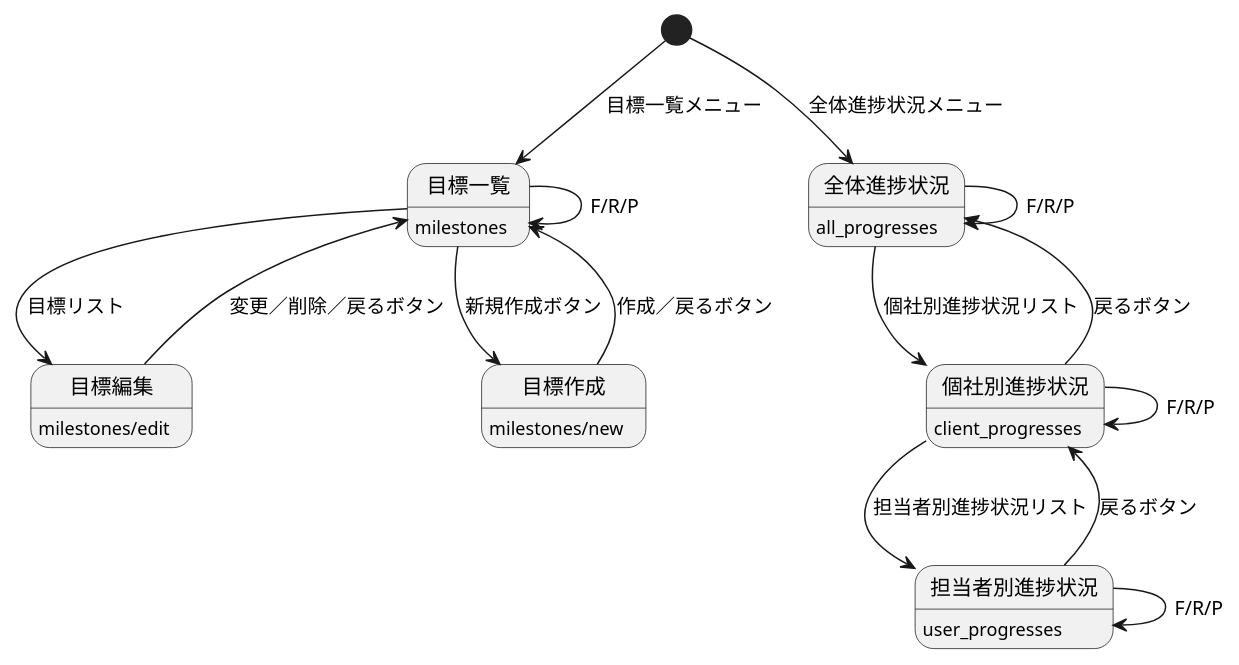
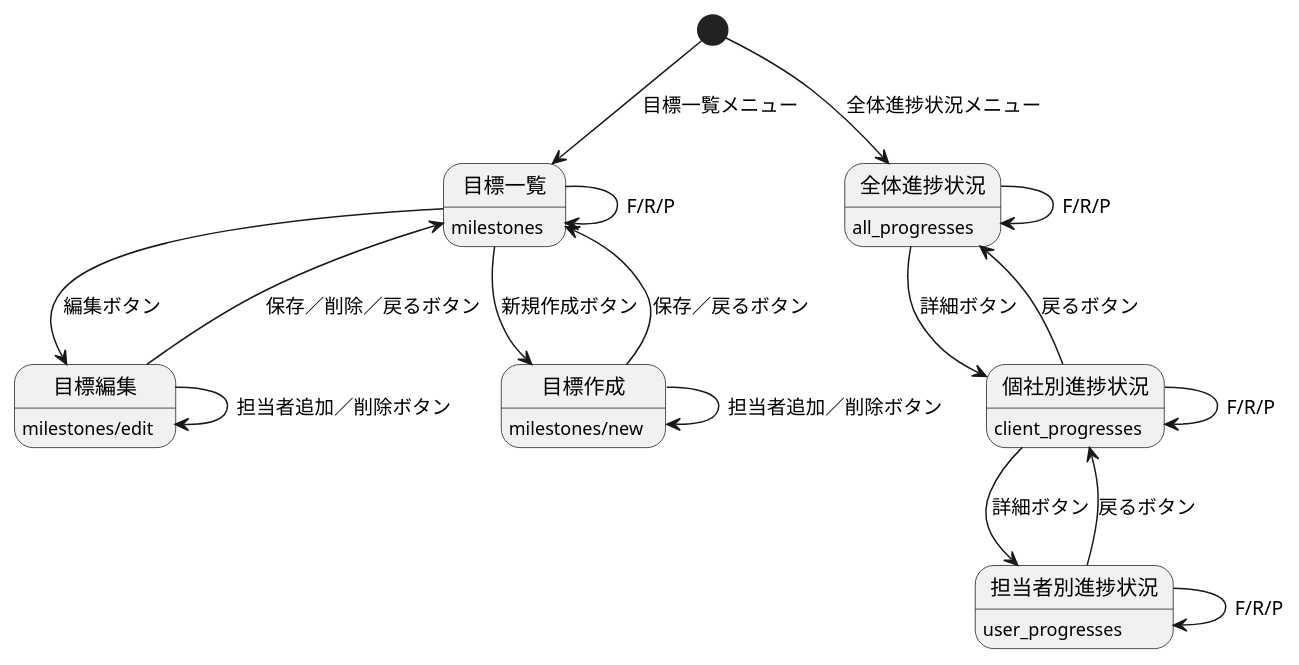
Before and after one commit to cedge1michi/tass_mock-frontend: the diagram in docs/milestones.pu, drawn with PlantUML. The commit also changed 27 other files, not shown here.

```diff
--- a/docs/milestones.pu
+++ b/docs/milestones.pu
@@ -1,31 +1,33 @@
 @startuml 目標管理
 [*]--> 目標一覧: 目標一覧メニュー
 
-目標一覧 --> 目標編集: 目標リスト
-目標編集 --> 目標一覧: 変更／削除／戻るボタン
+目標一覧 --> 目標編集: 編集ボタン
+目標編集 --> 目標一覧: 保存／削除／戻るボタン
 
 目標一覧 --> 目標作成: 新規作成ボタン
-目標作成 --> 目標一覧: 作成／戻るボタン
+目標作成 --> 目標一覧: 保存／戻るボタン
 
 目標一覧 --> 目標一覧: F/R/P
+目標編集 --> 目標編集: 担当者追加／削除ボタン
+目標作成 --> 目標作成: 担当者追加／削除ボタン
 
 目標一覧: milestones
 目標作成: milestones/new
 目標編集: milestones/edit
 
 [*] --> 全体進捗状況: 全体進捗状況メニュー
 
-全体進捗状況 --> 個社別進捗状況: 個社別進捗状況リスト
+全体進捗状況 --> 個社別進捗状況: 詳細ボタン
 個社別進捗状況 --> 全体進捗状況: 戻るボタン
 
-個社別進捗状況 --> 担当者別進捗状況: 担当者別進捗状況リスト
+個社別進捗状況 --> 担当者別進捗状況: 詳細ボタン
 担当者別進捗状況 --> 個社別進捗状況: 戻るボタン
 
 全体進捗状況 --> 全体進捗状況: F/R/P
 個社別進捗状況 --> 個社別進捗状況: F/R/P
 担当者別進捗状況 --> 担当者別進捗状況: F/R/P
 
 全体進捗状況: all_progresses
 個社別進捗状況: client_progresses
 担当者別進捗状況: user_progresses
 @enduml
```
